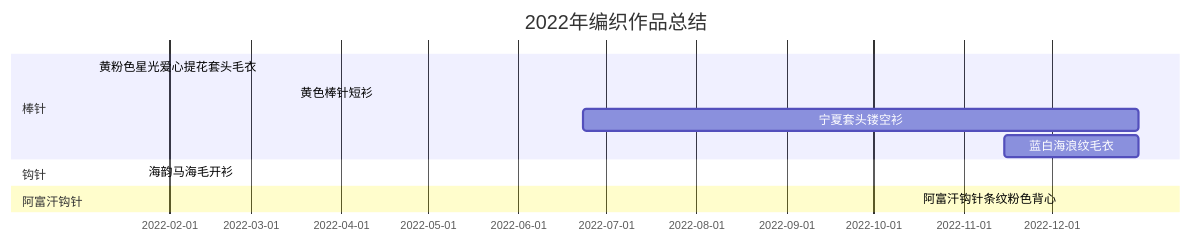
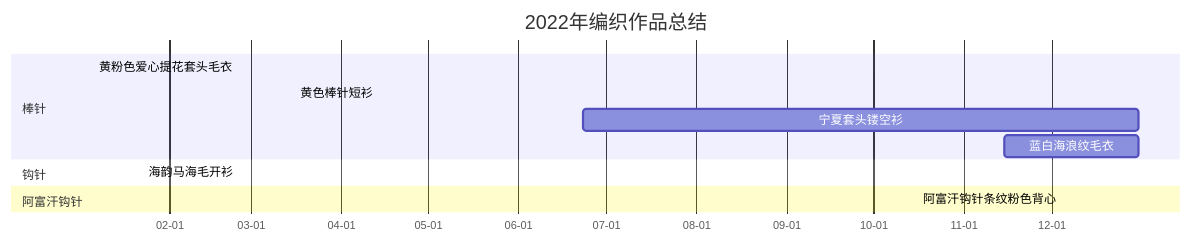
Before and after one commit to JiYouMCC/JiYouMCC.github.io: the diagram in _posts/2023-03-01-101.markdown, drawn with Mermaid. The commit also changed other lines of this file, not shown here.

Commit message:
2022年编织作品总结
修改甘特图

````diff
--- a/_posts/2023-03-01-101.markdown
+++ b/_posts/2023-03-01-101.markdown
@@ -21,13 +21,17 @@
 ```mermaid
 gantt
-    title 2022年编织作品总结 
+    title 2022年编织作品总结
+    axisFormat %m-%d
+
     section 棒针
-    黄粉色星光爱心提花套头毛衣   :done,   2022-01-06, 2022-05-08
+    黄粉色爱心提花套头毛衣   :done,   2022-01-06, 2022-05-08
     黄色棒针短衫                :done,   2022-03-16, 2022-06-21
     宁夏套头镂空衫              :active  2022-06-23,191d
-    蓝白海浪纹毛衣              :active  2022-11-15, 46d     
+    蓝白海浪纹毛衣              :active  2022-11-15, 46d
+
     section 钩针
-    海韵马海毛开衫              :done,   2022-01-23, 2022-11-15     
+    海韵马海毛开衫              :done,   2022-01-23, 2022-11-15
+
     section 阿富汗钩针
-    阿富汗钩针条纹粉色背心       :done,  2022-10-16, 2022-10-30    
+    阿富汗钩针条纹粉色背心       :done,  2022-10-16, 2022-10-30
 ```
````
